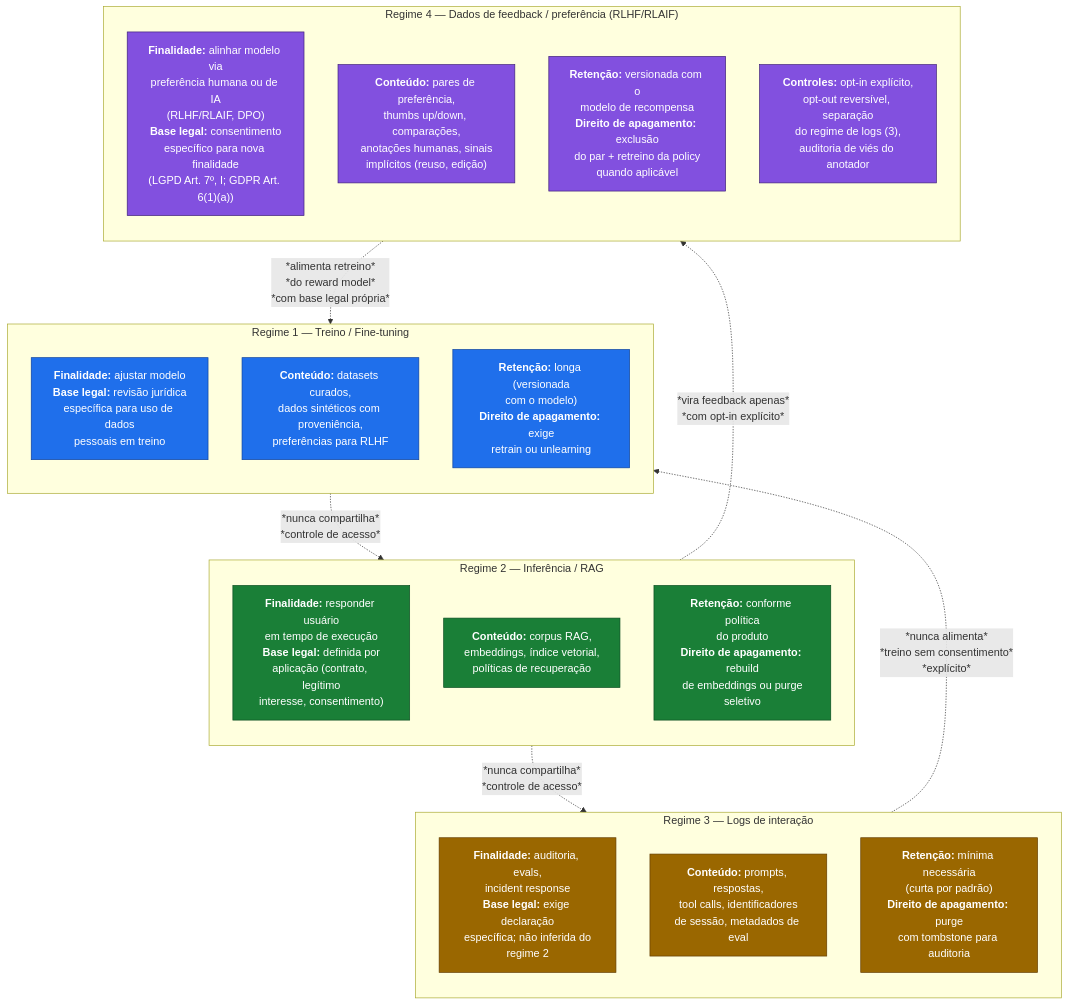
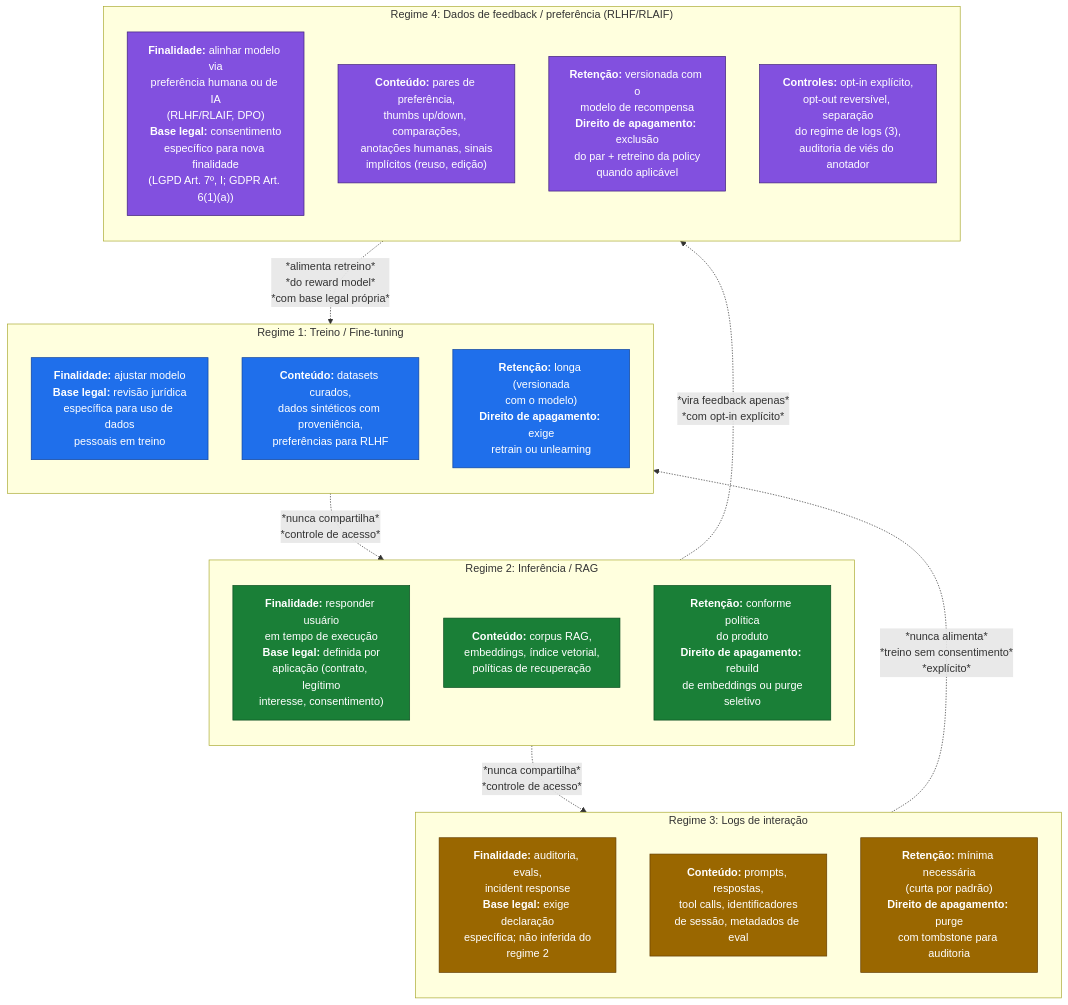
The first of 3 diagrams in diagramas/06-regimes-dados.md (EdneiMonteiro/ai-coe-playbook), drawn with Mermaid before and after one commit. The commit also changed other lines of this file and 27 other files, not shown here.

````diff
--- a/diagramas/06-regimes-dados.md
+++ b/diagramas/06-regimes-dados.md
@@ -9,43 +9,43 @@
 ```mermaid
 flowchart TB
     classDef train fill:#1f6feb,stroke:#0d419d,color:#fff
     classDef infer fill:#1a7f37,stroke:#0a4d20,color:#fff
     classDef log fill:#9a6700,stroke:#633c01,color:#fff
     classDef feedback fill:#8250df,stroke:#3e1f79,color:#fff
     classDef control fill:#cf222e,stroke:#82071e,color:#fff
 
-    subgraph TRAIN["Regime 1 — Treino / Fine-tuning"]
+    subgraph TRAIN["Regime 1: Treino / Fine-tuning"]
         direction TB
         T1["<b>Finalidade:</b> ajustar modelo<br/><b>Base legal:</b> revisão jurídica<br/>específica para uso de dados<br/>pessoais em treino"]:::train
         T2["<b>Conteúdo:</b> datasets curados,<br/>dados sintéticos com proveniência,<br/>preferências para RLHF"]:::train
         T3["<b>Retenção:</b> longa (versionada<br/>com o modelo)<br/><b>Direito de apagamento:</b> exige<br/>retrain ou unlearning"]:::train
     end
 
-    subgraph INFER["Regime 2 — Inferência / RAG"]
+    subgraph INFER["Regime 2: Inferência / RAG"]
         direction TB
         I1["<b>Finalidade:</b> responder usuário<br/>em tempo de execução<br/><b>Base legal:</b> definida por<br/>aplicação (contrato, legítimo<br/>interesse, consentimento)"]:::infer
         I2["<b>Conteúdo:</b> corpus RAG,<br/>embeddings, índice vetorial,<br/>políticas de recuperação"]:::infer
         I3["<b>Retenção:</b> conforme política<br/>do produto<br/><b>Direito de apagamento:</b> rebuild<br/>de embeddings ou purge<br/>seletivo"]:::infer
     end
 
-    subgraph LOG["Regime 3 — Logs de interação"]
+    subgraph LOG["Regime 3: Logs de interação"]
         direction TB
         L1["<b>Finalidade:</b> auditoria, evals,<br/>incident response<br/><b>Base legal:</b> exige declaração<br/>específica; não inferida do<br/>regime 2"]:::log
         L2["<b>Conteúdo:</b> prompts, respostas,<br/>tool calls, identificadores<br/>de sessão, metadados de eval"]:::log
         L3["<b>Retenção:</b> mínima necessária<br/>(curta por padrão)<br/><b>Direito de apagamento:</b> purge<br/>com tombstone para auditoria"]:::log
     end
 
-    subgraph FEEDBACK["Regime 4 — Dados de feedback / preferência (RLHF/RLAIF)"]
+    subgraph FEEDBACK["Regime 4: Dados de feedback / preferência (RLHF/RLAIF)"]
         direction TB
         F1["<b>Finalidade:</b> alinhar modelo via<br/>preferência humana ou de IA<br/>(RLHF/RLAIF, DPO)<br/><b>Base legal:</b> consentimento<br/>específico para nova finalidade<br/>(LGPD Art. 7º, I; GDPR Art. 6(1)(a))"]:::feedback
         F2["<b>Conteúdo:</b> pares de preferência,<br/>thumbs up/down, comparações,<br/>anotações humanas, sinais<br/>implícitos (reuso, edição)"]:::feedback
         F3["<b>Retenção:</b> versionada com o<br/>modelo de recompensa<br/><b>Direito de apagamento:</b> exclusão<br/>do par + retreino da policy<br/>quando aplicável"]:::feedback
         F4["<b>Controles:</b> opt-in explícito,<br/>opt-out reversível, separação<br/>do regime de logs (3),<br/>auditoria de viés do anotador"]:::feedback
     end
 
     TRAIN -.->|*nunca compartilha*<br/>*controle de acesso*| INFER
     INFER -.->|*nunca compartilha*<br/>*controle de acesso*| LOG
     LOG -.->|*nunca alimenta*<br/>*treino sem consentimento*<br/>*explícito*| TRAIN
     INFER -.->|*vira feedback apenas*<br/>*com opt-in explícito*| FEEDBACK
     FEEDBACK -.->|*alimenta retreino*<br/>*do reward model*<br/>*com base legal própria*| TRAIN
 ```
````
